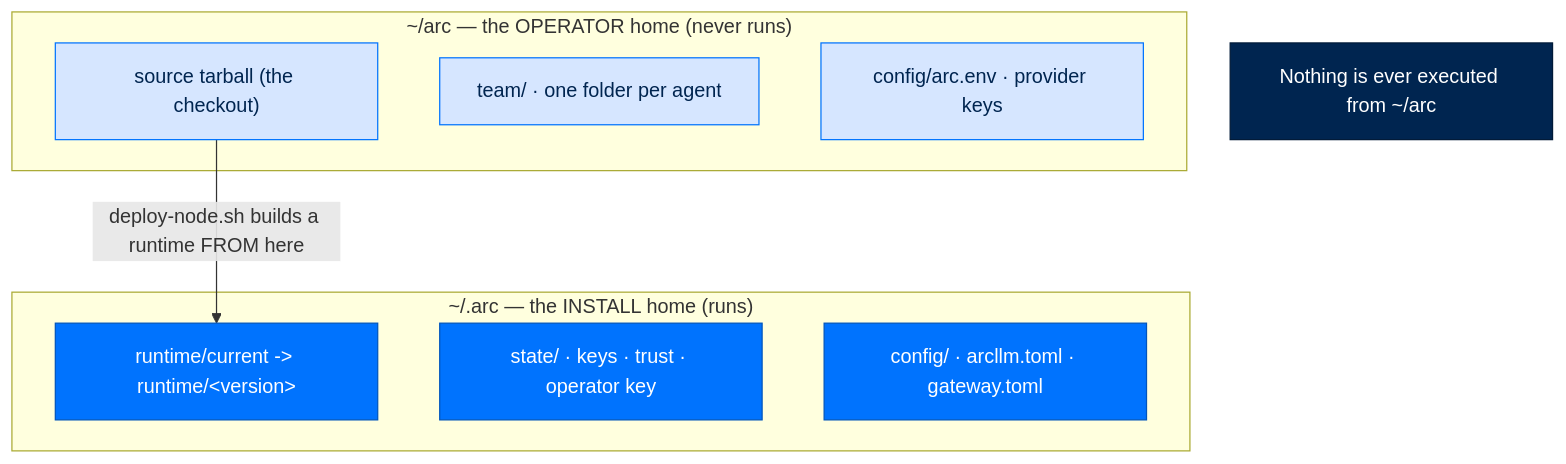
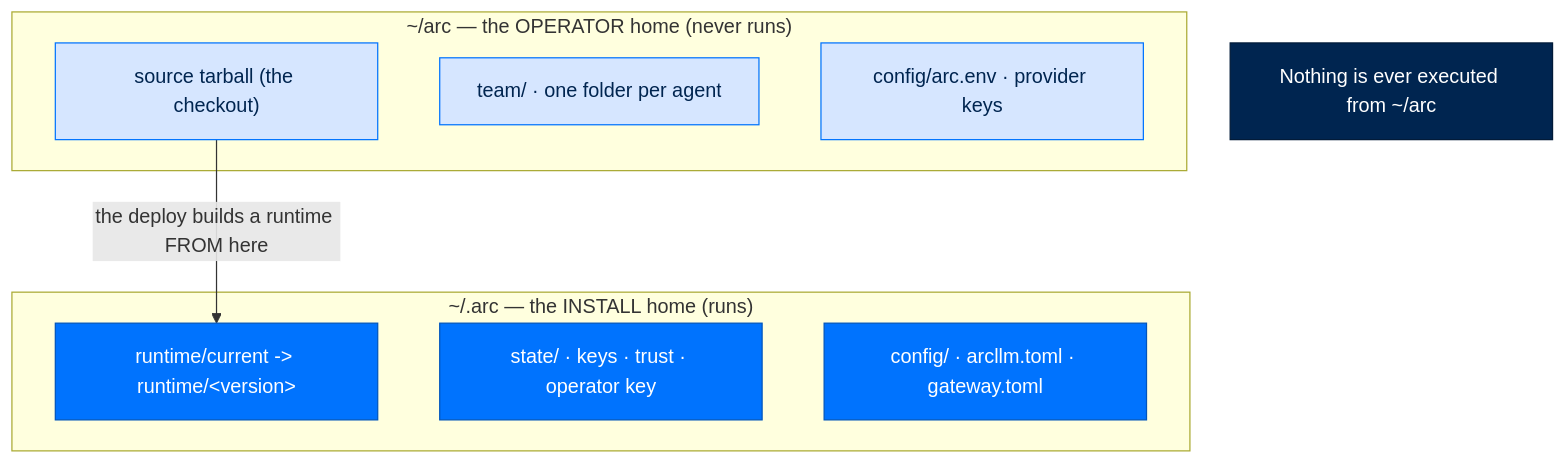
One commit to joshuamschultz/Arc changed the second of 2 diagrams in docs/get-started/install.md. Above: the diagram before and after it, drawn with Mermaid. The commit also changed other lines of this file and 13 other files, not shown here.

````diff
--- a/docs/get-started/install.md
+++ b/docs/get-started/install.md
@@ -97,19 +97,19 @@
 ```mermaid
 flowchart TB
     classDef install fill:#0073FE,stroke:#0055BC,color:#FFFFFF
     classDef operator fill:#D6E6FF,stroke:#0073FE,color:#002550
     classDef note fill:#002550,stroke:#001A38,color:#FFFFFF
 
     subgraph H1["~/.arc — the INSTALL home (runs)"]
         R["runtime/current -> runtime/&lt;version&gt;"]:::install
         S["state/ · keys · trust · operator key"]:::install
         C["config/ · arcllm.toml · gateway.toml"]:::install
     end
     subgraph H2["~/arc — the OPERATOR home (never runs)"]
         SRC["source tarball (the checkout)"]:::operator
         TEAM["team/ · one folder per agent"]:::operator
         ENV["config/arc.env · provider keys"]:::operator
     end
-    SRC -->|"deploy-node.sh builds a runtime FROM here"| R
+    SRC -->|"the deploy builds a runtime FROM here"| R
     N["Nothing is ever executed from ~/arc"]:::note
 ```
````
